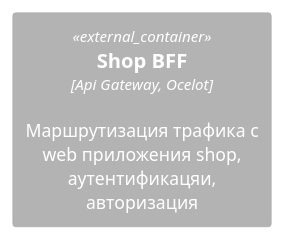
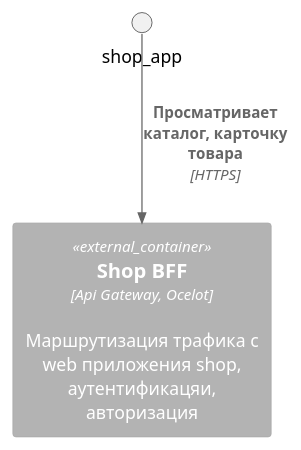
Before and after one commit to gerzhan/knigaexpert-system-design: the diagram in containers/gateways/shop-gateway.puml, drawn with PlantUML. The commit also changed 2 other files, not shown here.

```diff
--- a/containers/gateways/shop-gateway.puml
+++ b/containers/gateways/shop-gateway.puml
@@ -1,4 +1,5 @@
 @startuml
 !include https://raw.githubusercontent.com/plantuml-stdlib/C4-PlantUML/master/C4_Container.puml
 Container_Ext(shop_bff, "Shop BFF", "Api Gateway, Ocelot", "Маршрутизация трафика c web приложения shop, аутентификацяи, авторизация")
+Rel(shop_app, shop_bff, "Просматривает каталог, карточку товара", "HTTPS")
 @enduml
```
